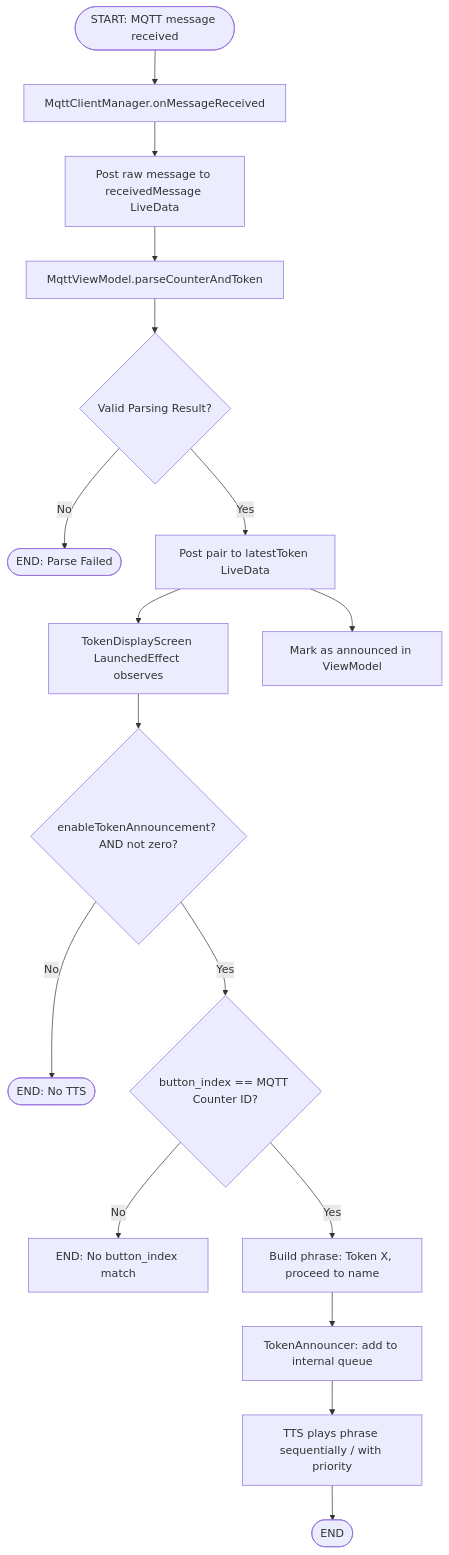
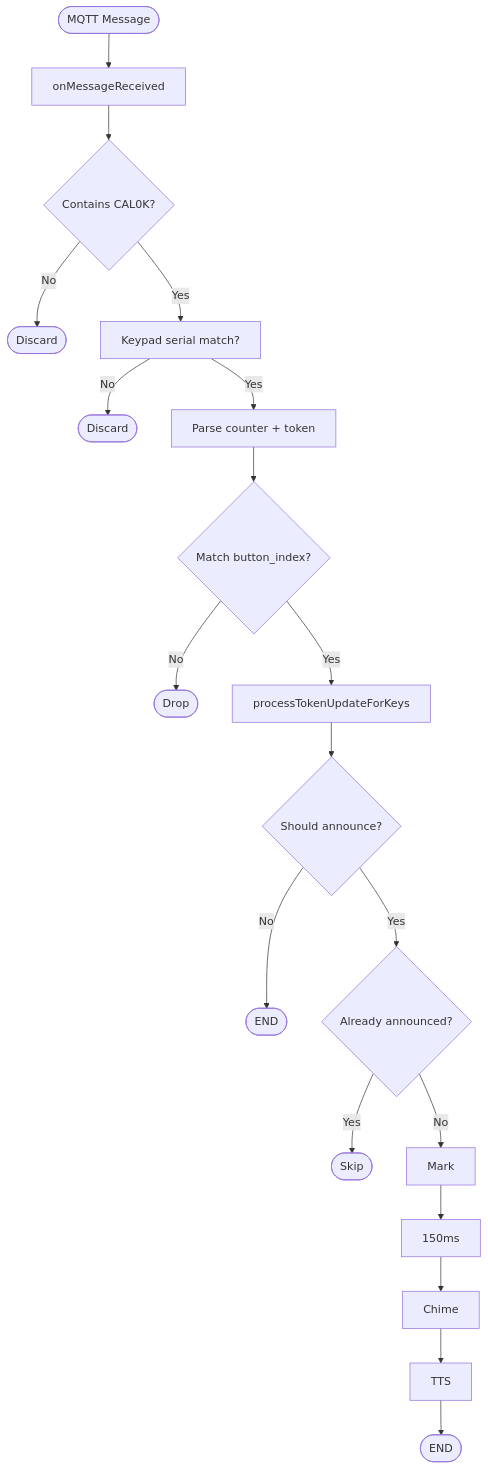
One commit to AdhiAdithyan/CallQTV changed the diagram in SRS_FLOWCHARTS_WIREFRAMES.md. Above: the diagram before and after it, drawn with Mermaid. The commit also changed other lines of this file and 36 other files, not shown here.

````diff
--- a/SRS_FLOWCHARTS_WIREFRAMES.md
+++ b/SRS_FLOWCHARTS_WIREFRAMES.md
@@ -335,19 +74,18 @@
 ```mermaid
 flowchart TD
-    START([START: MQTT message received]) --> ON_MSG[MqttClientManager.onMessageReceived]
-    ON_MSG --> POST_RAW[Post raw message to receivedMessage LiveData]
-    POST_RAW --> PARSE[MqttViewModel.parseCounterAndToken]
-    PARSE --> D1{Valid Parsing Result?}
-    D1 -->|No| END0([END: Parse Failed])
-    D1 -->|Yes| POST_PAIR[Post pair to latestToken LiveData]
-    POST_PAIR --> OBSERVE[TokenDisplayScreen LaunchedEffect observes]
-    OBSERVE --> D2{enableTokenAnnouncement? AND not zero?}
-    D2 -->|No| END1([END: No TTS])
-    D2 -->|Yes| MATCH{button_index == MQTT Counter ID?}
-    MATCH -->|No| SKIP[END: No button_index match]
-    MATCH -->|Yes| BUILD_PHRASE[Build phrase: Token X, proceed to name]
-    BUILD_PHRASE --> ENQUEUE[TokenAnnouncer: add to internal queue]
-    ENQUEUE --> TTS_PLAY[TTS plays phrase sequentially / with priority]
-    TTS_PLAY --> END2([END])
-    POST_PAIR --> MARK_ANN[Mark as announced in ViewModel]
+    START([MQTT Message]) --> RECV[onMessageReceived]
+    RECV --> FILTER{Contains CAL0K?}
+    FILTER -->|No| DROP0([Discard])
+    FILTER -->|Yes| VALIDATE[Keypad serial match?]
+    VALIDATE -->|No| DROP1([Discard])
+    VALIDATE -->|Yes| PARSE[Parse counter + token]
+    PARSE --> D2{Match button_index?}
+    D2 -->|No| DROP2([Drop])
+    D2 -->|Yes| ATOMIC[processTokenUpdateForKeys]
+    ATOMIC --> D3{Should announce?}
+    D3 -->|No| END1([END])
+    D3 -->|Yes| DEDUP{Already announced?}
+    DEDUP -->|Yes| END2([Skip])
+    DEDUP -->|No| MARK[Mark] --> DELAY[150ms] --> CHIME[Chime] --> TTS[TTS]
+    TTS --> END3([END])
 ```
````
